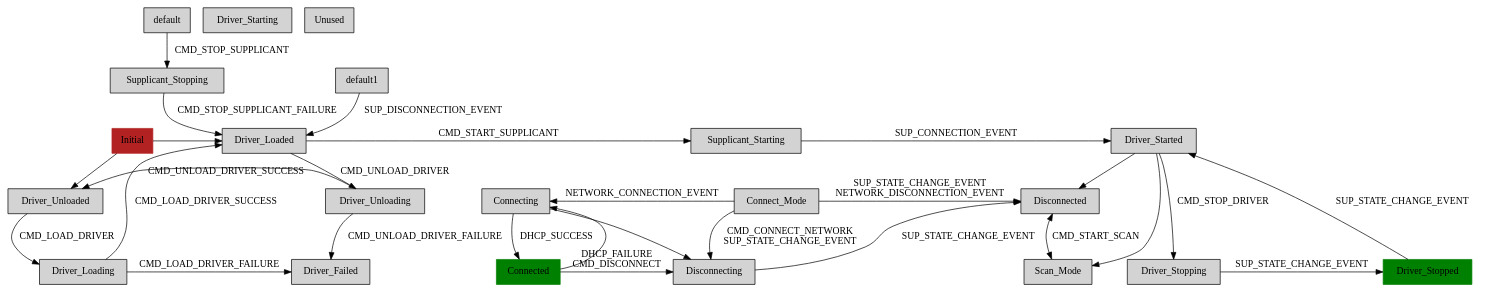
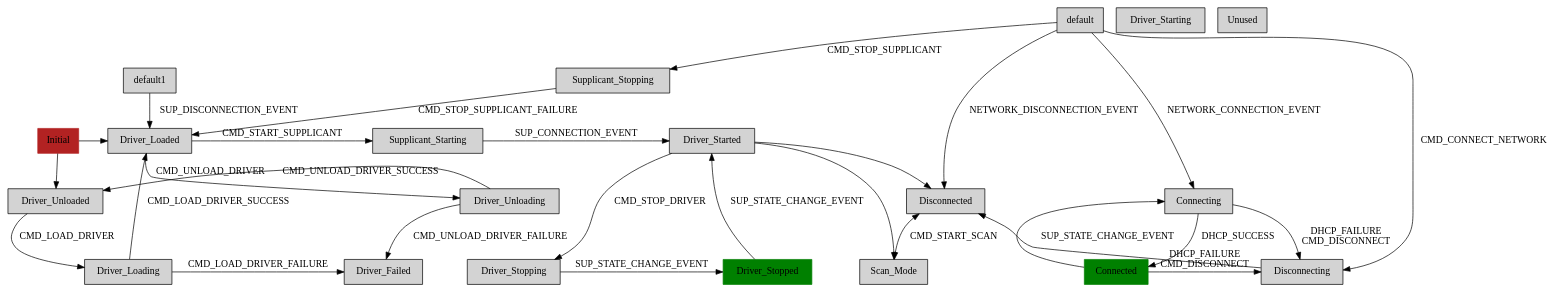
Before and after one commit to cambridgehackers/klaatu-language-gitorious: the diagram in fsm/wifistates.dot, drawn with Graphviz. The commit also changed 2 other files, not shown here.

```diff
--- a/fsm/wifistates.dot
+++ b/fsm/wifistates.dot
@@ -1,59 +1,58 @@
 digraph wifistates {
     node [shape=box style=filled]
 
     { rank=same; Initial Driver_Loaded Supplicant_Starting Driver_Started }
     { rank=same; Driver_Unloaded Driver_Unloading }
     { rank=same; Driver_Loading Driver_Failed }
-    { rank=same; Connect_Mode Connecting Disconnected }
+    { rank=same; Connecting Disconnected }
     { rank=same; Connected Disconnecting }
     { rank=same; Driver_Stopped Scan_Mode Driver_Stopping }
 
-    Connect_Mode -> Disconnected [ label="SUP_STATE_CHANGE_EVENT\nNETWORK_DISCONNECTION_EVENT" ]
-    Connect_Mode -> Disconnecting [ label="CMD_CONNECT_NETWORK\nSUP_STATE_CHANGE_EVENT" ]
     Connected -> Connecting 
     Connected -> Disconnecting [ label="DHCP_FAILURE\nCMD_DISCONNECT" ]
-    Connecting -> Connect_Mode [ dir=back label=NETWORK_CONNECTION_EVENT ]
     Connecting -> Connected [ label="DHCP_SUCCESS" ]
-    Connecting -> Disconnecting
+    Connecting -> Disconnecting [ label="DHCP_FAILURE\nCMD_DISCONNECT" ]
     Disconnected -> Scan_Mode [ dir=both label=CMD_START_SCAN ]
     Disconnecting -> Disconnected [ label=SUP_STATE_CHANGE_EVENT ]
     Driver_Failed -> Driver_Unloading [dir=back label=CMD_UNLOAD_DRIVER_FAILURE ]
     Driver_Loaded -> Driver_Unloading [ label=CMD_UNLOAD_DRIVER ]
     Driver_Loaded -> Supplicant_Starting [ label=CMD_START_SUPPLICANT ]
     Driver_Loading -> Driver_Failed [label=CMD_LOAD_DRIVER_FAILURE]
     Driver_Loading -> Driver_Loaded [label=CMD_LOAD_DRIVER_SUCCESS]
     Driver_Started -> Disconnected
     Driver_Started -> Driver_Stopping [ label=CMD_STOP_DRIVER ]
     Driver_Started -> Scan_Mode 
     Driver_Stopped -> Driver_Started [ label=SUP_STATE_CHANGE_EVENT ]
     Driver_Stopping -> Driver_Stopped [ label=SUP_STATE_CHANGE_EVENT ]
     Driver_Unloaded -> Driver_Loading [ label=CMD_LOAD_DRIVER ]
     Driver_Unloaded -> Driver_Unloading [dir=back label=CMD_UNLOAD_DRIVER_SUCCESS ]
     Initial -> Driver_Loaded
     Initial -> Driver_Unloaded
     Supplicant_Starting -> Driver_Started [ label=SUP_CONNECTION_EVENT ]
     Supplicant_Stopping -> Driver_Loaded [ label=CMD_STOP_SUPPLICANT_FAILURE ]
     default -> Supplicant_Stopping [ label=CMD_STOP_SUPPLICANT ]
+    default -> Disconnected [ label=NETWORK_DISCONNECTION_EVENT ]
+    default -> Connecting [ label=NETWORK_CONNECTION_EVENT ]
+    default -> Disconnecting [ label=CMD_CONNECT_NETWORK ]
     default1 -> Driver_Loaded [ label=SUP_DISCONNECTION_EVENT ]
 
-    Connect_Mode        [ actions="1, 0" ];
-    Connected           [ actions="1, Connect_Mode" color=green ];
-    Connecting          [ actions="2, Connect_Mode" defer="CMD_START_SCAN" ];
-    Disconnected        [ actions="1, Connect_Mode" ];
-    Disconnecting       [ actions="1, Connect_Mode" ];
+    Connected           [ actions="1, 0" color=green ];
+    Connecting          [ actions="1, 0" ];
+    Disconnected        [ actions="1, 0" ];
+    Disconnecting       [ actions="1, 0" ];
     Driver_Failed       [ actions="1, 0" ];
     Driver_Loaded       [ actions="2, 0" ];
     Driver_Loading      [ actions="2, 0" defer="CMD_LOAD_DRIVER\nCMD_UNLOAD_DRIVER\nCMD_START_SUPPLICANT\nCMD_STOP_SUPPLICANT\nCMD_START_DRIVER\nCMD_STOP_DRIVER" ];
     Driver_Started      [ actions="1, 0" ];
     Driver_Starting     [ defer="CMD_START_DRIVER\nCMD_STOP_DRIVER\nNETWORK_CONNECTION_EVENT\nNETWORK_DISCONNECTION_EVENT\nAUTHENTICATION_FAILURE_EVENT\nCMD_START_SCAN\nCMD_DISCONNECT\nCMD_REASSOCIATE\nCMD_RECONNECT" ];
     Driver_Stopped      [ actions="1, 0" color=green defer="CMD_STOP_DRIVER\nNETWORK_CONNECTION_EVENT\nNETWORK_DISCONNECTION_EVENT\nAUTHENTICATION_FAILURE_EVENT\nCMD_DISCONNECT\nCMD_REASSOCIATE\nCMD_RECONNECT" ];
     Driver_Stopping     [ actions="1, 0" defer="CMD_START_DRIVER\nCMD_STOP_DRIVER\nNETWORK_CONNECTION_EVENT\nNETWORK_DISCONNECTION_EVENT\nAUTHENTICATION_FAILURE_EVENT\nCMD_START_SCAN\nCMD_DISCONNECT\nCMD_REASSOCIATE\nCMD_RECONNECT" ];
     Driver_Unloaded     [ actions="2, 0" ];
     Driver_Unloading    [ actions="2, 0" defer="CMD_LOAD_DRIVER\nCMD_UNLOAD_DRIVER\nCMD_START_SUPPLICANT\nCMD_STOP_SUPPLICANT\nCMD_START_DRIVER\nCMD_STOP_DRIVER" ];
     Initial             [ color=firebrick ]; 
     Scan_Mode           [ actions="1, 0" ];
     Supplicant_Starting [ actions="1, 0" defer="CMD_LOAD_DRIVER\nCMD_UNLOAD_DRIVER\nCMD_START_SUPPLICANT\nCMD_STOP_SUPPLICANT\nCMD_START_DRIVER\nCMD_STOP_DRIVER" ];
     Supplicant_Stopping [ actions="1, 0" ];
     Unused              [ defer="CMD_ADD_OR_UPDATE_NETWORK\nCMD_DISABLE_NETWORK\nCMD_ENABLE_BACKGROUND_SCAN\nCMD_ENABLE_NETWORK\nCMD_ENABLE_RSSI_POLL\nCMD_REMOVE_NETWORK\nCMD_RSSI_POLL\nCMD_SELECT_NETWORK\nCMD_STOP_SUPPLICANT_SUCCESS\nSUP_SCAN_RESULTS_EVENT" ];
     default             [ actions="0, 0" ];
 }
```
